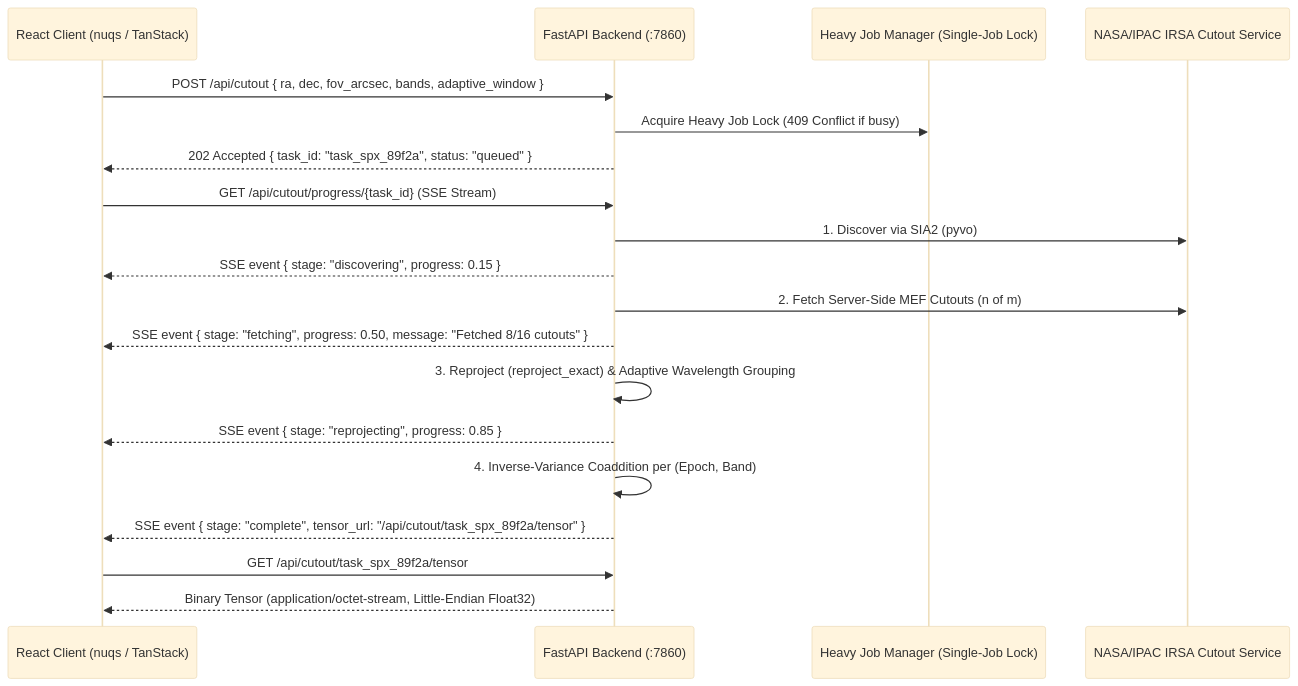
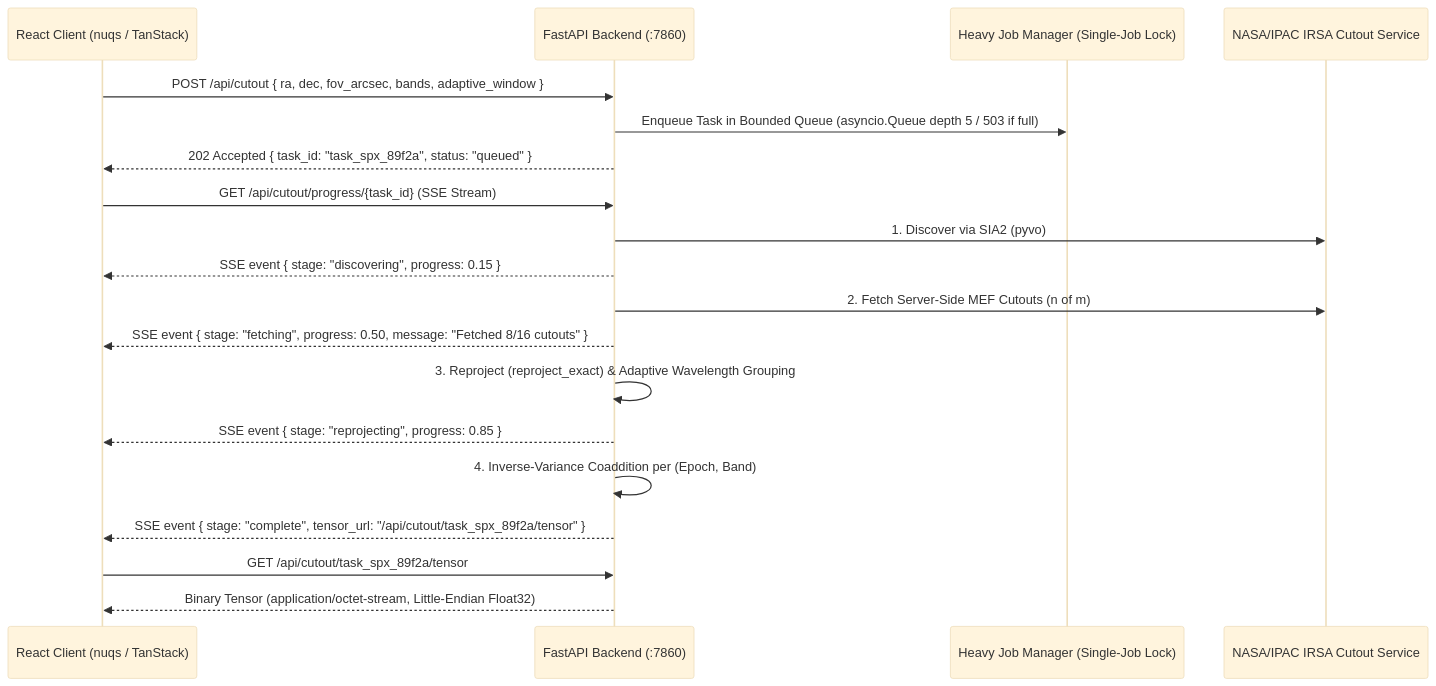
Before and after one commit to Amonochuka/Spectra: the second of 5 diagrams in SPECIFICATION.md, drawn with Mermaid (base theme). The commit also changed other lines of this file and 1 other file, not shown here.

Commit message:
docs: master reconciliation of specification v3.0.0-PROD (single FastAPI engine)

````diff
--- a/SPECIFICATION.md
+++ b/SPECIFICATION.md
@@ -290,27 +281,27 @@
 ```mermaid
 sequenceDiagram
     participant Client as React Client (nuqs / TanStack)
     participant API as FastAPI Backend (:7860)
     participant Queue as Heavy Job Manager (Single-Job Lock)
     participant IRSA as NASA/IPAC IRSA Cutout Service
 
     Client->>API: POST /api/cutout { ra, dec, fov_arcsec, bands, adaptive_window }
-    API->>Queue: Acquire Heavy Job Lock (409 Conflict if busy)
+    API->>Queue: Enqueue Task in Bounded Queue (asyncio.Queue depth 5 / 503 if full)
     API-->>Client: 202 Accepted { task_id: "task_spx_89f2a", status: "queued" }
     
     Client->>API: GET /api/cutout/progress/{task_id} (SSE Stream)
     API->>IRSA: 1. Discover via SIA2 (pyvo)
     API-->>Client: SSE event { stage: "discovering", progress: 0.15 }
     
     API->>IRSA: 2. Fetch Server-Side MEF Cutouts (n of m)
     API-->>Client: SSE event { stage: "fetching", progress: 0.50, message: "Fetched 8/16 cutouts" }
     
     API->>API: 3. Reproject (reproject_exact) & Adaptive Wavelength Grouping
     API-->>Client: SSE event { stage: "reprojecting", progress: 0.85 }
     
     API->>API: 4. Inverse-Variance Coaddition per (Epoch, Band)
     API-->>Client: SSE event { stage: "complete", tensor_url: "/api/cutout/task_spx_89f2a/tensor" }
     
     Client->>API: GET /api/cutout/task_spx_89f2a/tensor
     API-->>Client: Binary Tensor (application/octet-stream, Little-Endian Float32)
 ```
````
